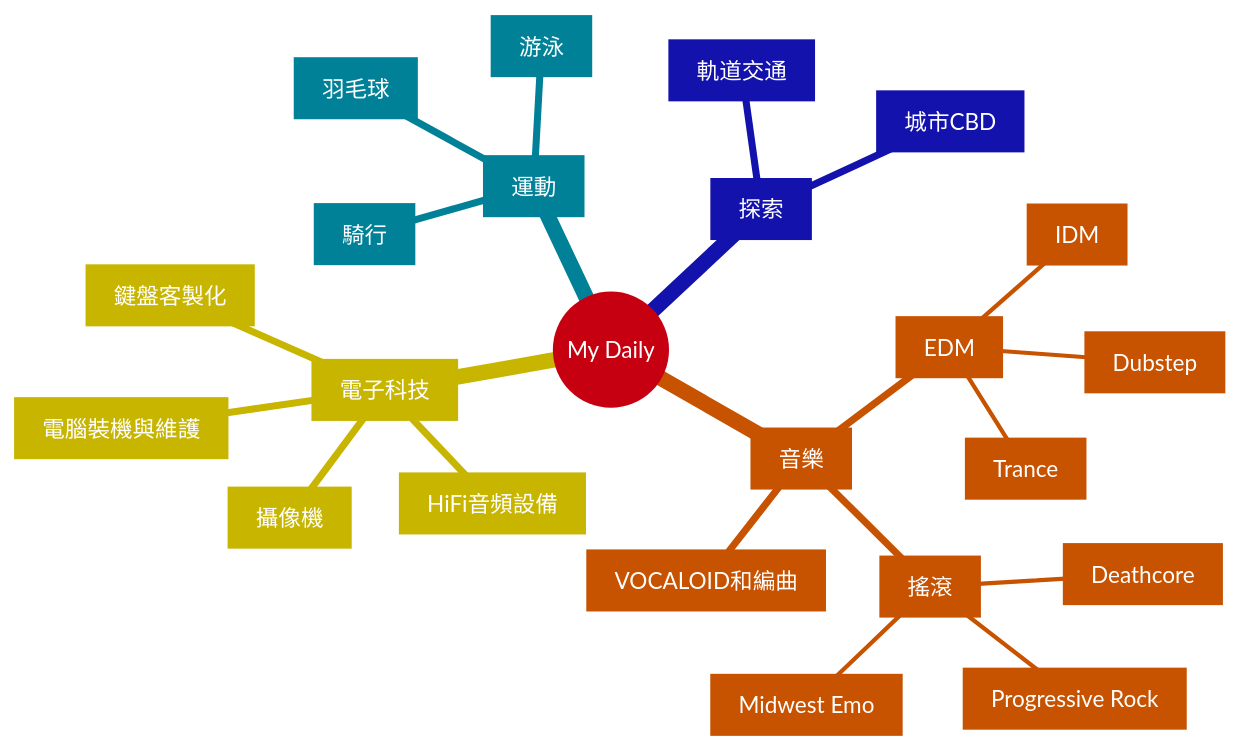
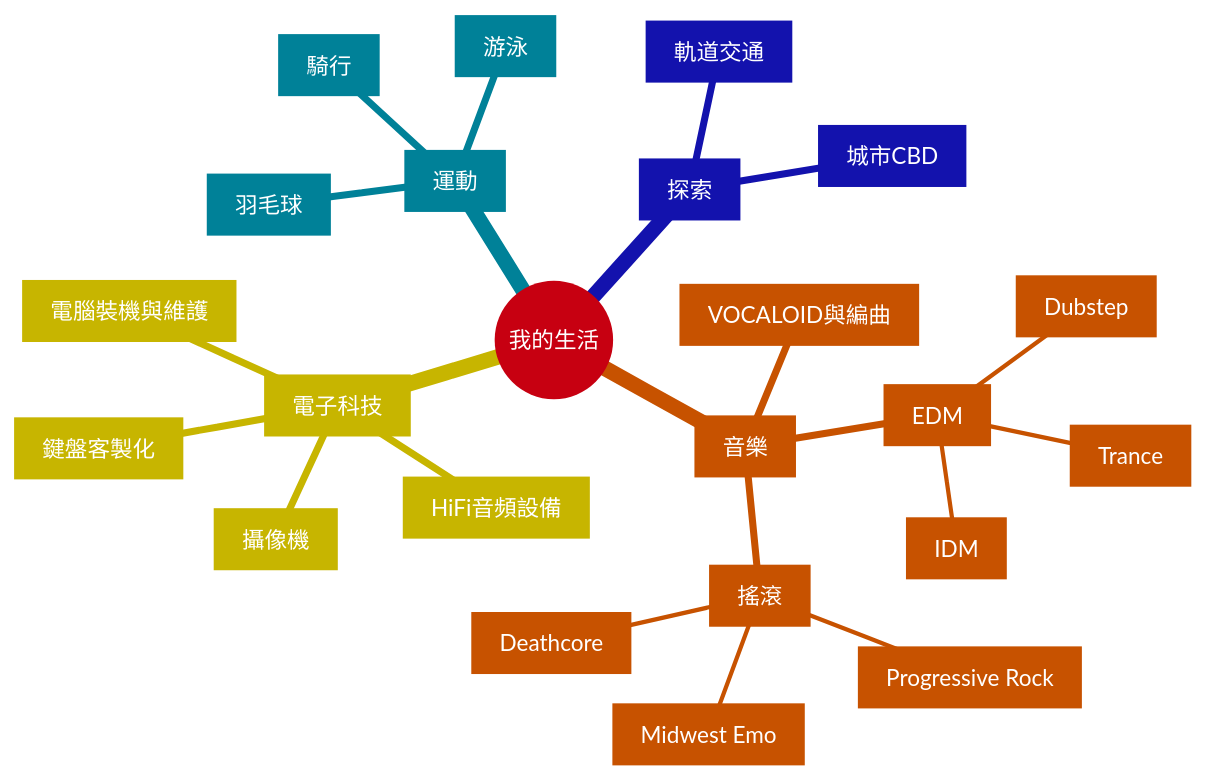
Before and after one commit to QinAnze/QinAnze: the diagram in README.md, drawn with Mermaid. The commit also changed other lines of this file and 1 other file, not shown here.

````diff
--- a/README.md
+++ b/README.md
@@ -57,27 +57,27 @@
 ```mermaid
 %%{init: {'theme': 'base', 'themeVariables': {'primaryColor': '#FF4757', 'primaryTextColor': '#fff', 'primaryBorderColor': '#FF4757', 'secondaryColor': '#18DCFF', 'secondaryTextColor': '#fff', 'secondaryBorderColor': '#18DCFF', 'tertiaryColor': '#5352ED', 'tertiaryTextColor': '#fff', 'tertiaryBorderColor': '#5352ED', 'lineColor': '#70A1FF', 'background': 'transparent', 'mainBkg': 'transparent'}}}%%
 mindmap
-  root((My Daily))
+  root((我的生活))
     B[運動]
       B1[羽毛球]
       B2[游泳]
       B3[騎行]
     C[探索]
       C1[軌道交通]
       C2[城市CBD]
     D[音樂]
       D1[EDM]
         D1A[Dubstep]
         D1B[Trance]
         D1C[IDM]
       D2[搖滾]
         D2A[Progressive Rock]
         D2B[Midwest Emo]
         D2C[Deathcore]
-      D3[VOCALOID和編曲]
+      D3[VOCALOID與編曲]
     E[電子科技]
       E1[電腦裝機與維護]
       E2[鍵盤客製化]
       E3[HiFi音頻設備]
       E4[攝像機]
 ```
````
